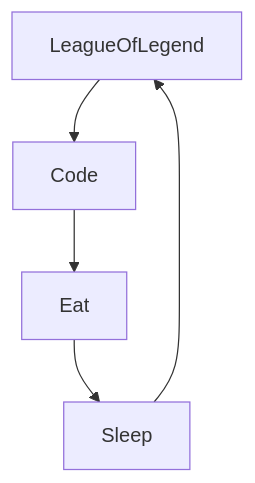
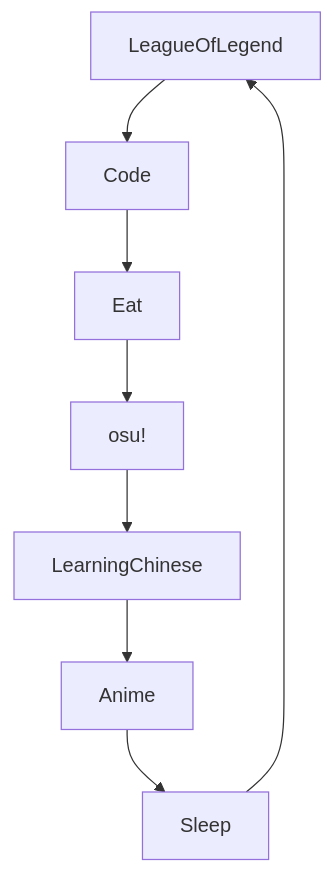
One commit to Yalcael/Yalcael changed the diagram in README.md. Above: the diagram before and after it, drawn with Mermaid.

````diff
--- a/README.md
+++ b/README.md
@@ -7,7 +7,10 @@
 ```mermaid
   graph TD;
       LeagueOfLegend-->Code;
       Code-->Eat;
-      Eat-->Sleep;
+      Eat-->osu!;
+      osu!-->LearningChinese;
+      LearningChinese-->Anime;
+      Anime-->Sleep;
       Sleep-->LeagueOfLegend;
 ```
````
